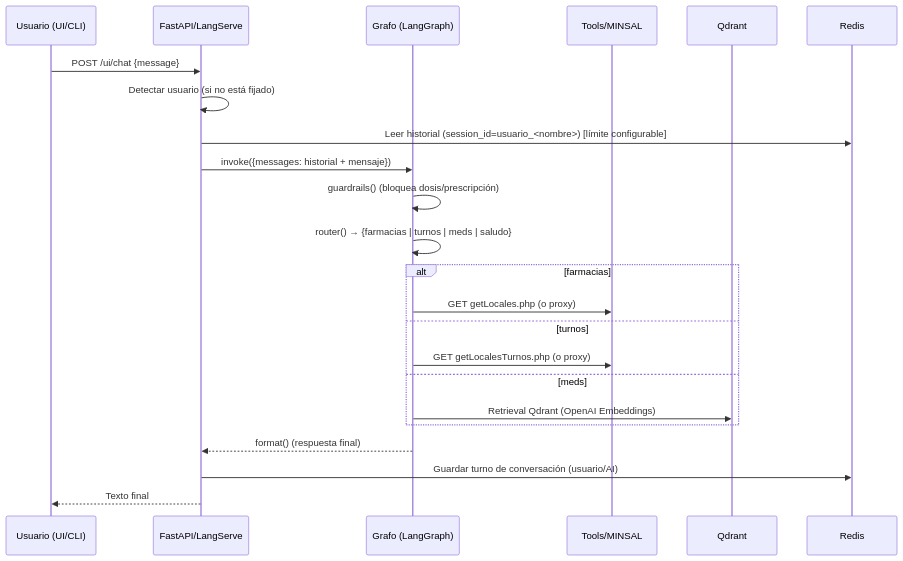
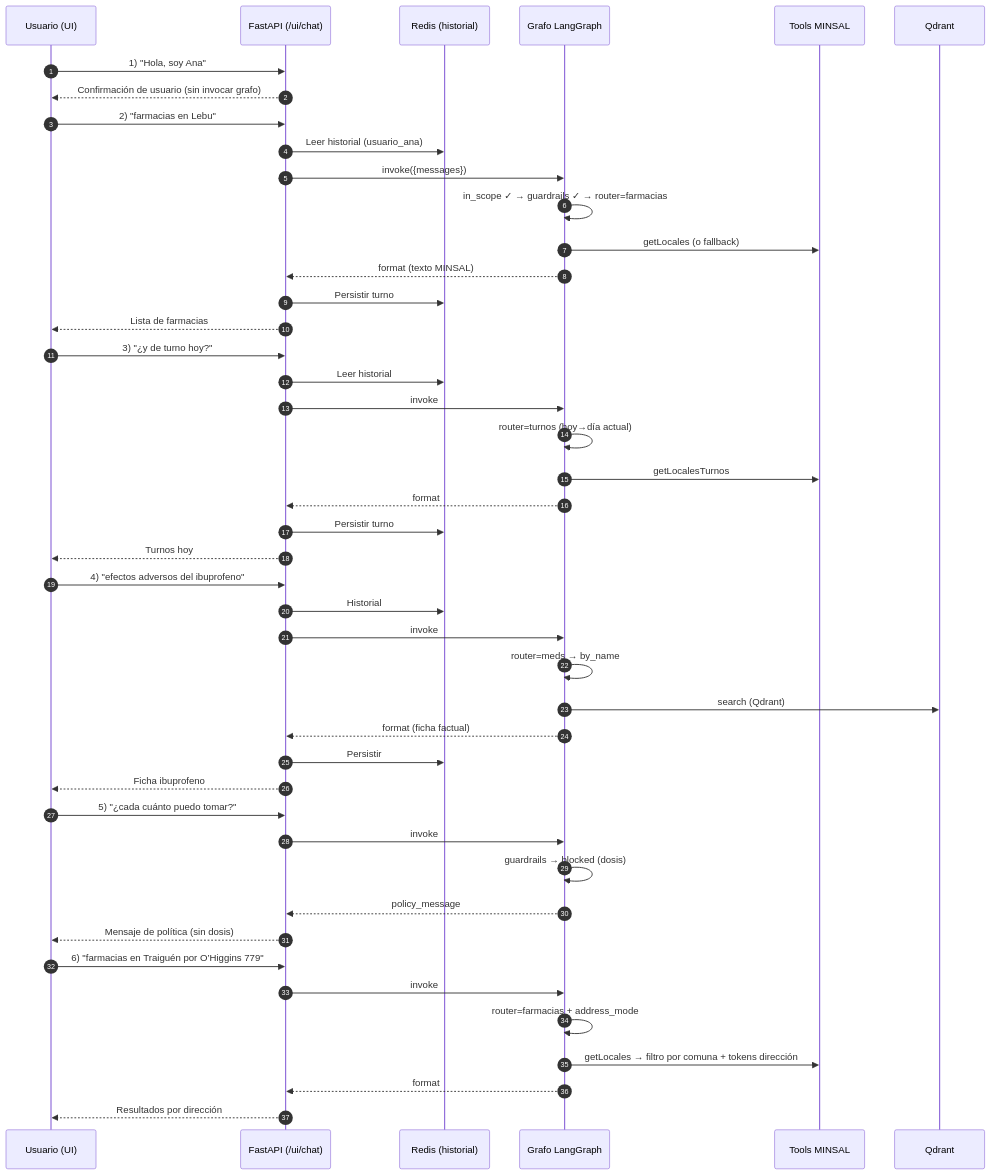
The second of 3 diagrams in README.md (lastra00/medical-assistant), drawn with Mermaid before and after one commit. The commit also changed other lines of this file, not shown here.

````diff
--- a/README.md
+++ b/README.md
@@ -49,26 +80,53 @@
 ```mermaid
 sequenceDiagram
-  participant U as Usuario (UI/CLI)
-  participant API as FastAPI/LangServe
-  participant G as Grafo (LangGraph)
-  participant T as Tools/MINSAL
+  autonumber
+  participant U as Usuario (UI)
+  participant API as FastAPI (/ui/chat)
+  participant R as Redis (historial)
+  participant G as Grafo LangGraph
+  participant T as Tools MINSAL
   participant V as Qdrant
-  participant R as Redis
 
-  U->>API: POST /ui/chat {message}
-  API->>API: Detectar usuario (si no está fijado)
-  API->>R: Leer historial (session_id=usuario_<nombre>) [límite configurable]
-  API->>G: invoke({messages: historial + mensaje})
-  G->>G: guardrails() (bloquea dosis/prescripción)
-  G->>G: router() → {farmacias | turnos | meds | saludo}
-  alt farmacias
-    G->>T: GET getLocales.php (o proxy)
-  else turnos
-    G->>T: GET getLocalesTurnos.php (o proxy)
-  else meds
-    G->>V: Retrieval Qdrant (OpenAI Embeddings)
-  end
-  G-->>API: format() (respuesta final)
-  API->>R: Guardar turno de conversación (usuario/AI)
-  API-->>U: Texto final
+  U->>API: 1) "Hola, soy Ana"
+  API-->>U: Confirmación de usuario (sin invocar grafo)
+
+  U->>API: 2) "farmacias en Lebu"
+  API->>R: Leer historial (usuario_ana)
+  API->>G: invoke({messages})
+  G->>G: in_scope ✓ → guardrails ✓ → router=farmacias
+  G->>T: getLocales (o fallback)
+  G-->>API: format (texto MINSAL)
+  API->>R: Persistir turno
+  API-->>U: Lista de farmacias
+
+  U->>API: 3) "¿y de turno hoy?"
+  API->>R: Leer historial
+  API->>G: invoke
+  G->>G: router=turnos (hoy→día actual)
+  G->>T: getLocalesTurnos
+  G-->>API: format
+  API->>R: Persistir turno
+  API-->>U: Turnos hoy
+
+  U->>API: 4) "efectos adversos del ibuprofeno"
+  API->>R: Historial
+  API->>G: invoke
+  G->>G: router=meds → by_name
+  G->>V: search (Qdrant)
+  G-->>API: format (ficha factual)
+  API->>R: Persistir
+  API-->>U: Ficha ibuprofeno
+
+  U->>API: 5) "¿cada cuánto puedo tomar?"
+  API->>G: invoke
+  G->>G: guardrails → blocked (dosis)
+  G-->>API: policy_message
+  API-->>U: Mensaje de política (sin dosis)
+
+  U->>API: 6) "farmacias en Traiguén por O’Higgins 779"
+  API->>G: invoke
+  G->>G: router=farmacias + address_mode
+  G->>T: getLocales → filtro por comuna + tokens dirección
+  G-->>API: format
+  API-->>U: Resultados por dirección
 ```
````
